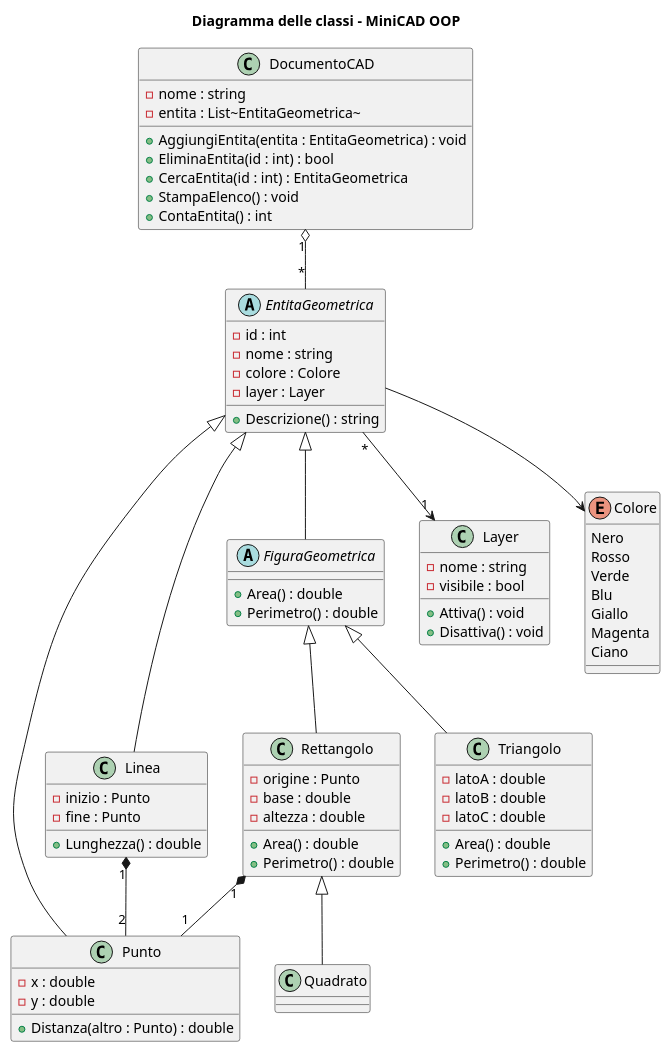
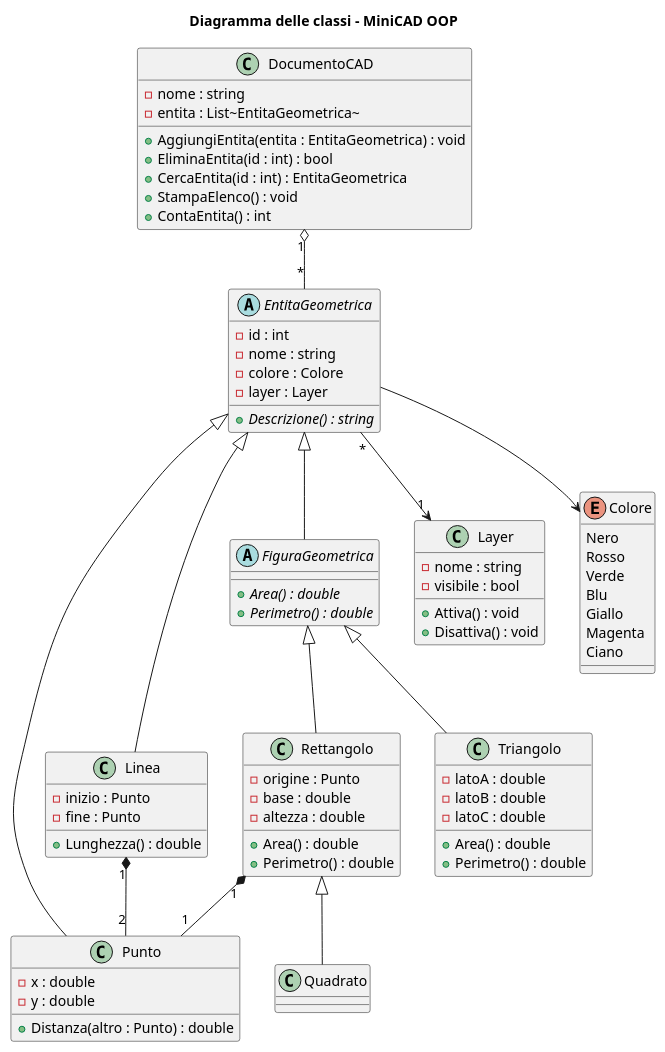
Before and after one commit to lucamaccaroni/MiniCAD-OOP: the diagram in UML/MiniCAD.puml, drawn with PlantUML.

Commit message:
Update UML diagram with abstract methods and cleanup
Refactor UML diagram to improve clarity and structure.

```diff
--- a/UML/MiniCAD.puml
+++ b/UML/MiniCAD.puml
@@ -1,140 +1,103 @@
 @startuml MiniCAD
 
 title Diagramma delle classi - MiniCAD OOP
 
 ' =========================
 ' CLASSE BASE
 ' =========================
 
 abstract class EntitaGeometrica {
     - id : int
     - nome : string
     - colore : Colore
     - layer : Layer
 
-    + Descrizione() : string
+    {abstract} + Descrizione() : string
 }
-
-
-' =========================
-' ENTITÀ GEOMETRICHE
-' =========================
 
 class Punto {
     - x : double
     - y : double
 
     + Distanza(altro : Punto) : double
 }
 
 class Linea {
     - inizio : Punto
     - fine : Punto
 
     + Lunghezza() : double
 }
 
-
-' =========================
-' FIGURE GEOMETRICHE
-' =========================
-
 abstract class FiguraGeometrica {
-    + Area() : double
-    + Perimetro() : double
+    {abstract} + Area() : double
+    {abstract} + Perimetro() : double
 }
 
 class Rettangolo {
     - origine : Punto
     - base : double
     - altezza : double
 
     + Area() : double
     + Perimetro() : double
 }
 
-class Quadrato 
+class Quadrato
 
 class Triangolo {
     - latoA : double
     - latoB : double
     - latoC : double
 
     + Area() : double
     + Perimetro() : double
 }
-
-
-' =========================
-' GESTIONE DOCUMENTO
-' =========================
 
 class DocumentoCAD {
     - nome : string
     - entita : List~EntitaGeometrica~
 
     + AggiungiEntita(entita : EntitaGeometrica) : void
     + EliminaEntita(id : int) : bool
     + CercaEntita(id : int) : EntitaGeometrica
     + StampaElenco() : void
     + ContaEntita() : int
 }
 
-
-' =========================
-' LAYER
-' =========================
-
 class Layer {
     - nome : string
     - visibile : bool
 
     + Attiva() : void
     + Disattiva() : void
 }
-
-
-' =========================
-' ENUM COLORE
-' =========================
 
 enum Colore {
     Nero
     Rosso
     Verde
     Blu
     Giallo
     Magenta
     Ciano
 }
 
-
 ' =========================
-' EREDITARIETÀ
+' RELAZIONI
 ' =========================
 
 EntitaGeometrica <|-- Punto
 EntitaGeometrica <|-- Linea
 EntitaGeometrica <|-- FiguraGeometrica
-
 FiguraGeometrica <|-- Rettangolo
 Rettangolo <|-- Quadrato
 FiguraGeometrica <|-- Triangolo
 
-
-' =========================
-' RELAZIONI
-' =========================
-
 DocumentoCAD "1" o-- "*" EntitaGeometrica
-
 Linea "1" *-- "2" Punto
-
 Rettangolo "1" *-- "1" Punto
-
 EntitaGeometrica "*" --> "1" Layer
-
 EntitaGeometrica --> Colore
 
-
 @enduml
```
